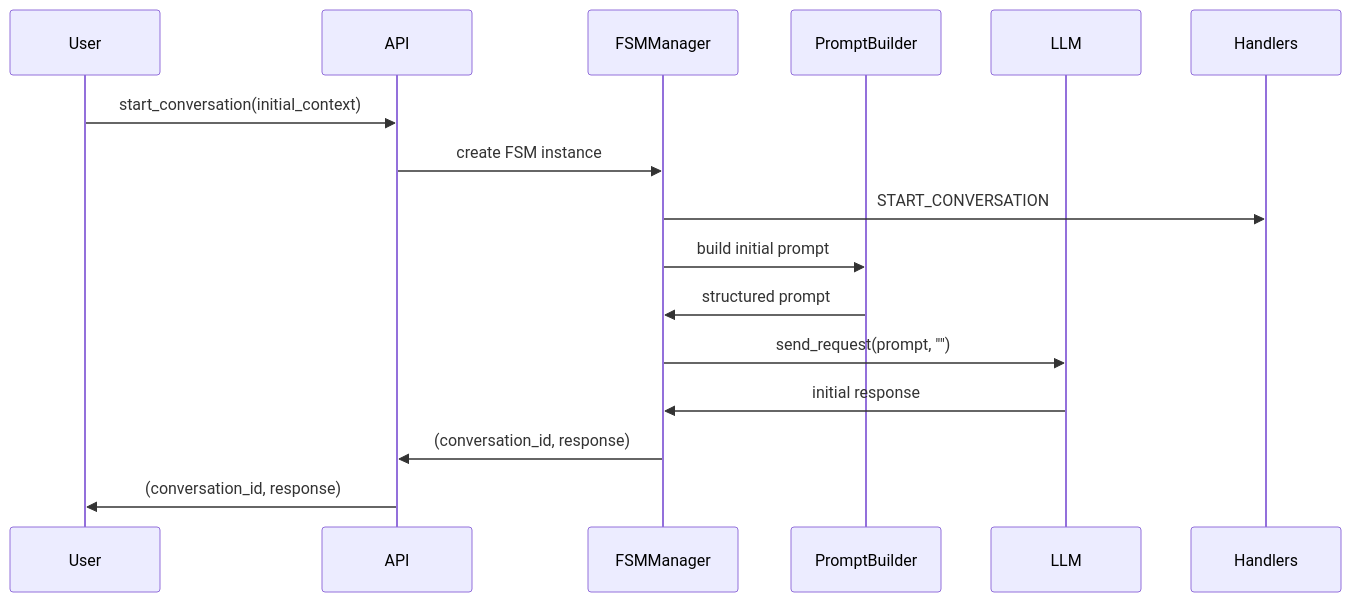
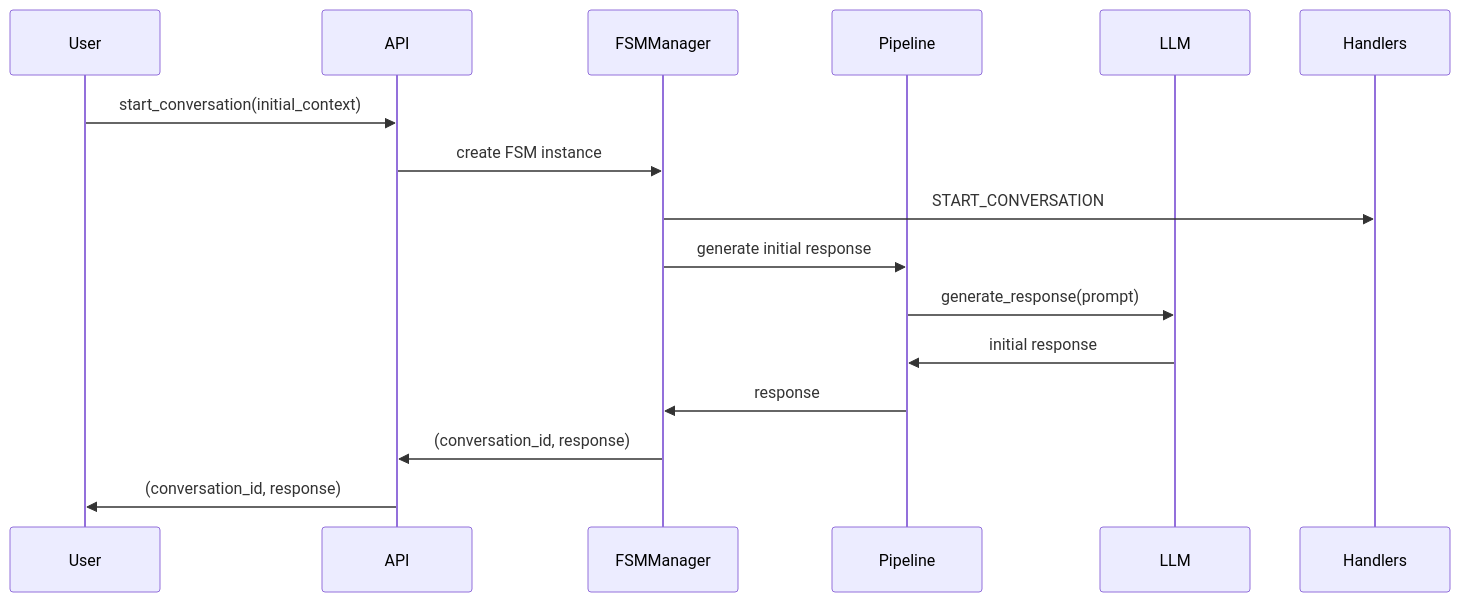
The first of 2 diagrams in docs/architecture.md (NikolasMarkou/fsm_llm), drawn with Mermaid before and after one commit. The commit also changed other lines of this file, not shown here.

First line of the commit message:
[iter-1/step-9b] Fix remaining send_request references in architecture.md sequence diagrams

````diff
--- a/docs/architecture.md
+++ b/docs/architecture.md
@@ -195,19 +195,19 @@
 ```mermaid
 sequenceDiagram
     participant User
     participant API
     participant FSMManager
-    participant PromptBuilder
+    participant Pipeline
     participant LLM
     participant Handlers
 
     User->>API: start_conversation(initial_context)
     API->>FSMManager: create FSM instance
     FSMManager->>Handlers: START_CONVERSATION
-    FSMManager->>PromptBuilder: build initial prompt
-    PromptBuilder->>FSMManager: structured prompt
-    FSMManager->>LLM: send_request(prompt, "")
-    LLM->>FSMManager: initial response
+    FSMManager->>Pipeline: generate initial response
+    Pipeline->>LLM: generate_response(prompt)
+    LLM->>Pipeline: initial response
+    Pipeline->>FSMManager: response
     FSMManager->>API: (conversation_id, response)
     API->>User: (conversation_id, response)
 ```
````
